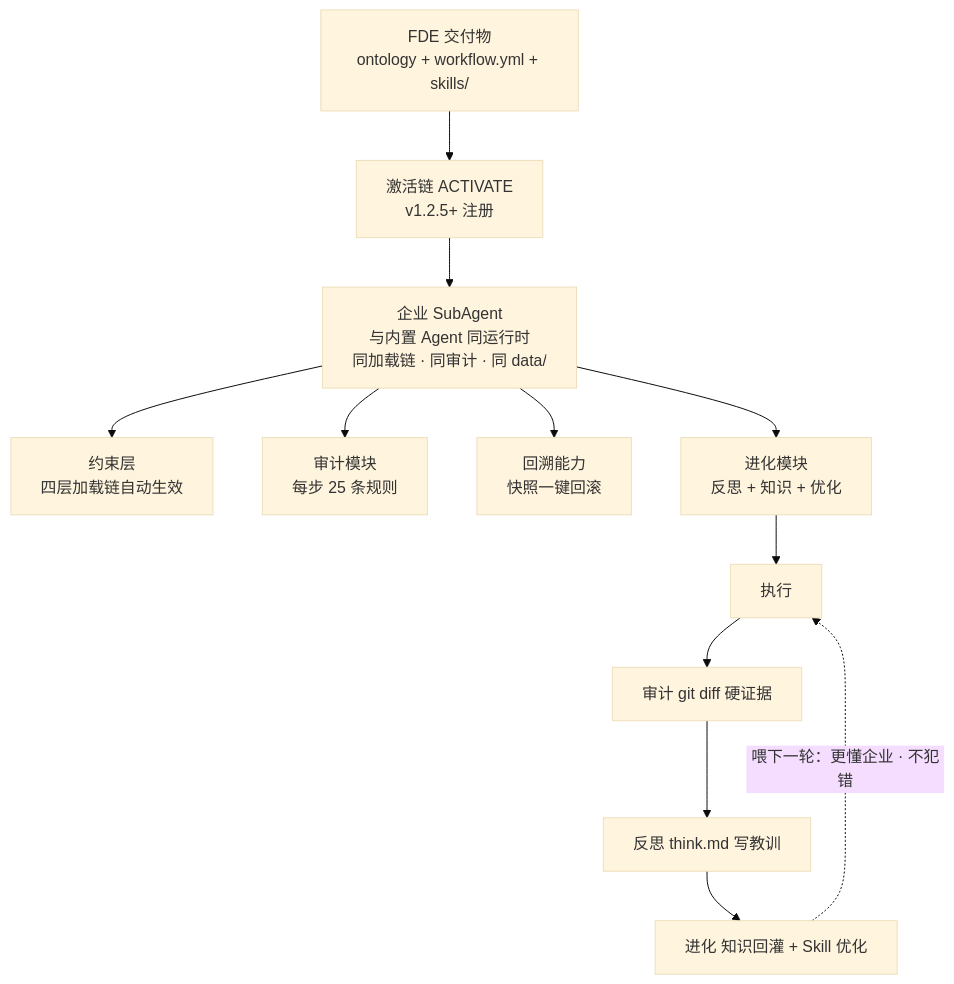
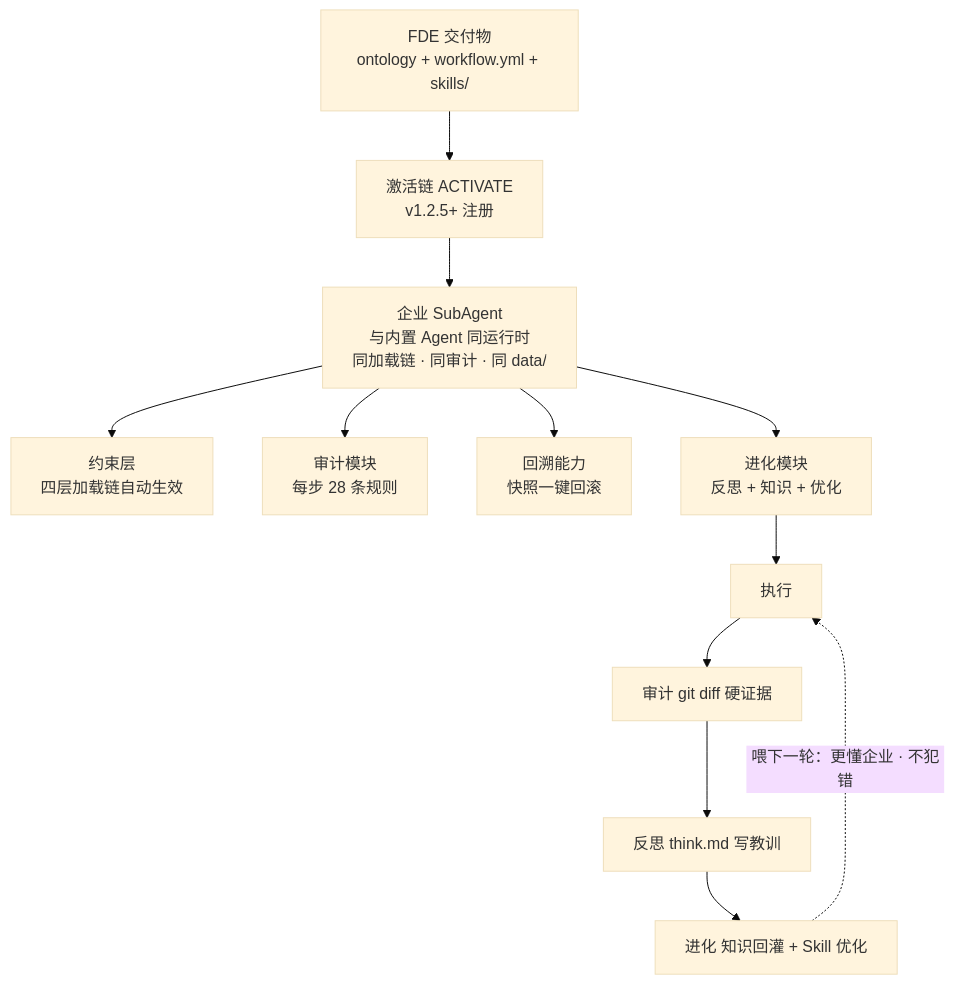
One commit to KongFangXun/sofagent changed the diagram in docs/guides/fde-activation-chain.md. Above: the diagram before and after it, drawn with Mermaid (base theme). The commit also changed other lines of this file and 31 other files, not shown here.

````diff
--- a/docs/guides/fde-activation-chain.md
+++ b/docs/guides/fde-activation-chain.md
@@ -393,15 +393,15 @@
 ```mermaid
 flowchart TD
     DELIV[FDE 交付物<br/>ontology + workflow.yml + skills/] --> ACT[激活链 ACTIVATE<br/>v1.2.5+ 注册]
     ACT --> SA[企业 SubAgent<br/>与内置 Agent 同运行时<br/>同加载链 · 同审计 · 同 data/]
     SA --> CB[约束层<br/>四层加载链自动生效]
-    SA --> AU[审计模块<br/>每步 25 条规则]
+    SA --> AU[审计模块<br/>每步 28 条规则]
     SA --> RE[回溯能力<br/>快照一键回滚]
     SA --> EV[进化模块<br/>反思 + 知识 + 优化]
 
     EV --> LOOP1[执行]
     LOOP1 --> LOOP2[审计 git diff 硬证据]
     LOOP2 --> LOOP3[反思 think.md 写教训]
     LOOP3 --> LOOP4[进化 知识回灌 + Skill 优化]
     LOOP4 -.->|喂下一轮：更懂企业 · 不犯错| LOOP1
 ```
````
